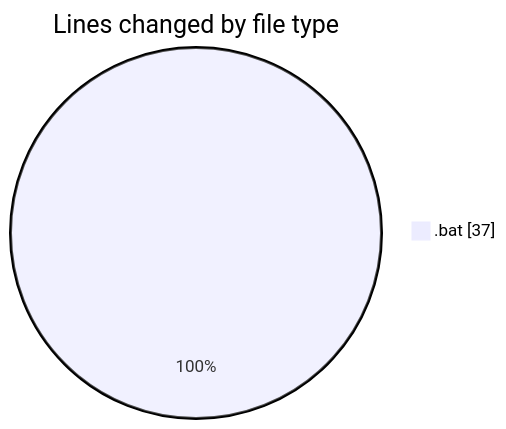
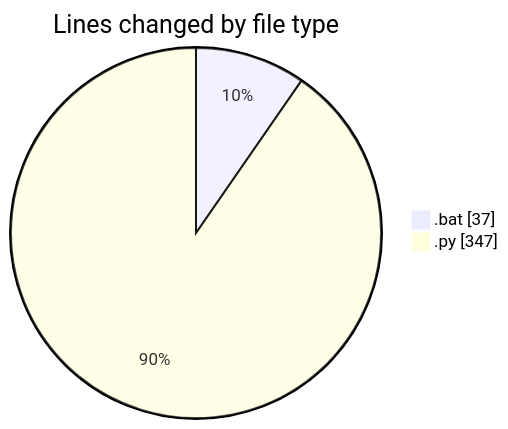
The first of 2 diagrams in 2025-07-04/cursor/README.md (FelipKnott/code-tracking), drawn with Mermaid before and after one commit. The commit also changed other lines of this file and 1 other file, not shown here.

````diff
--- a/2025-07-04/cursor/README.md
+++ b/2025-07-04/cursor/README.md
@@ -21,5 +23,6 @@
 ```mermaid
 pie showData
 title Lines changed by file type
 ".bat" : 37
+".py" : 347
 ```
````
